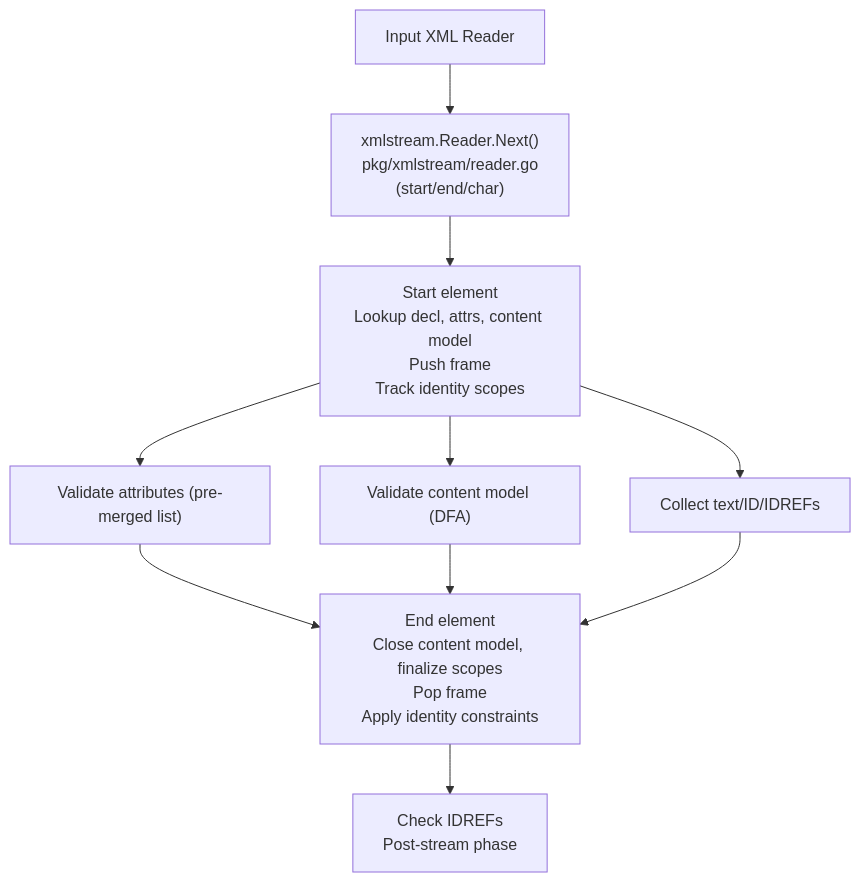
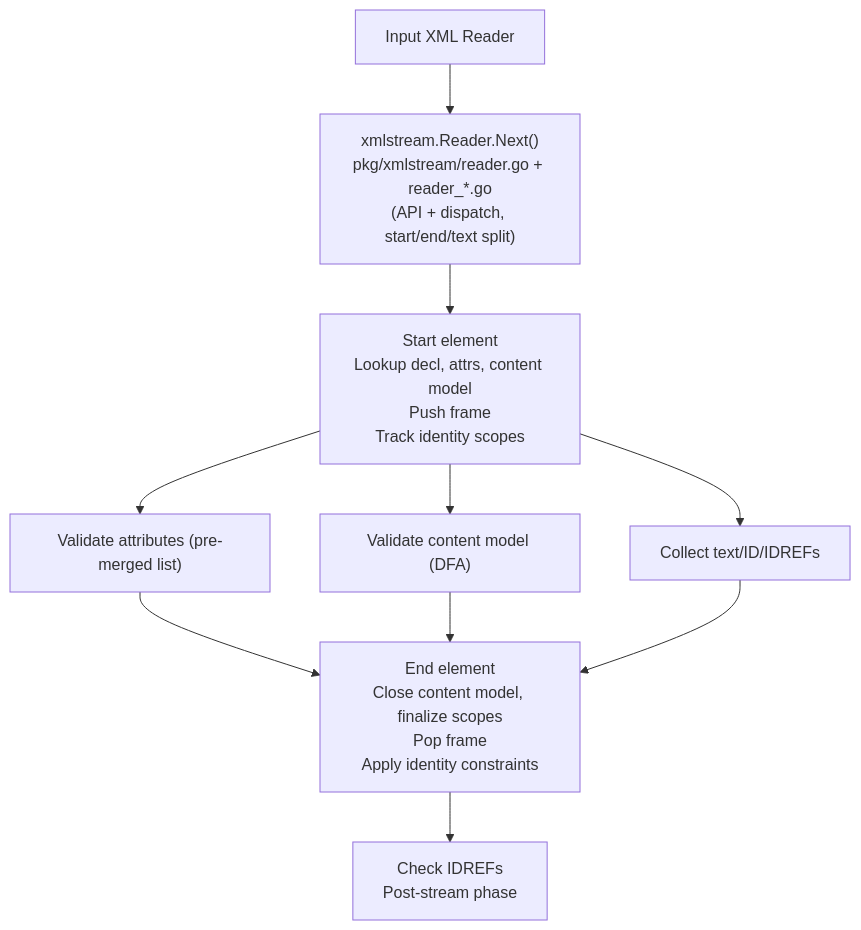
The fourth of 5 diagrams in docs/architecture.md (jacoelho/xsd), drawn with Mermaid before and after one commit. The commit also changed other lines of this file and 224 other files, not shown here.

````diff
--- a/docs/architecture.md
+++ b/docs/architecture.md
@@ -225,11 +225,11 @@
 ```mermaid
 flowchart TD
-  Reader["Input XML Reader"] --> Next["xmlstream.Reader.Next()<br/>pkg/xmlstream/reader.go<br/>(start/end/char)"] --> Start["Start element<br/>Lookup decl, attrs, content model<br/>Push frame<br/>Track identity scopes"]
+  Reader["Input XML Reader"] --> Next["xmlstream.Reader.Next()<br/>pkg/xmlstream/reader.go + reader_*.go<br/>(API + dispatch, start/end/text split)"] --> Start["Start element<br/>Lookup decl, attrs, content model<br/>Push frame<br/>Track identity scopes"]
   Start --> Attrs["Validate attributes (pre-merged list)"]
   Start --> Content["Validate content model (DFA)"]
   Start --> Collect["Collect text/ID/IDREFs"]
   Attrs --> End["End element<br/>Close content model, finalize scopes<br/>Pop frame<br/>Apply identity constraints"]
   Content --> End
   Collect --> End
   End --> Check["Check IDREFs<br/>Post-stream phase"]
 ```
````
